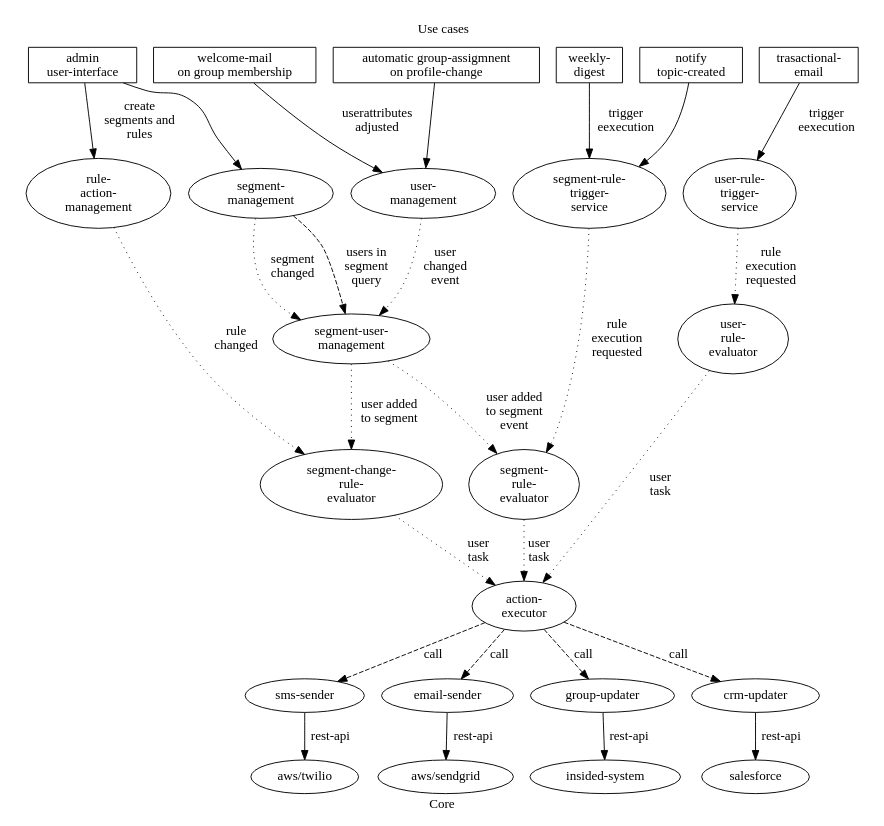
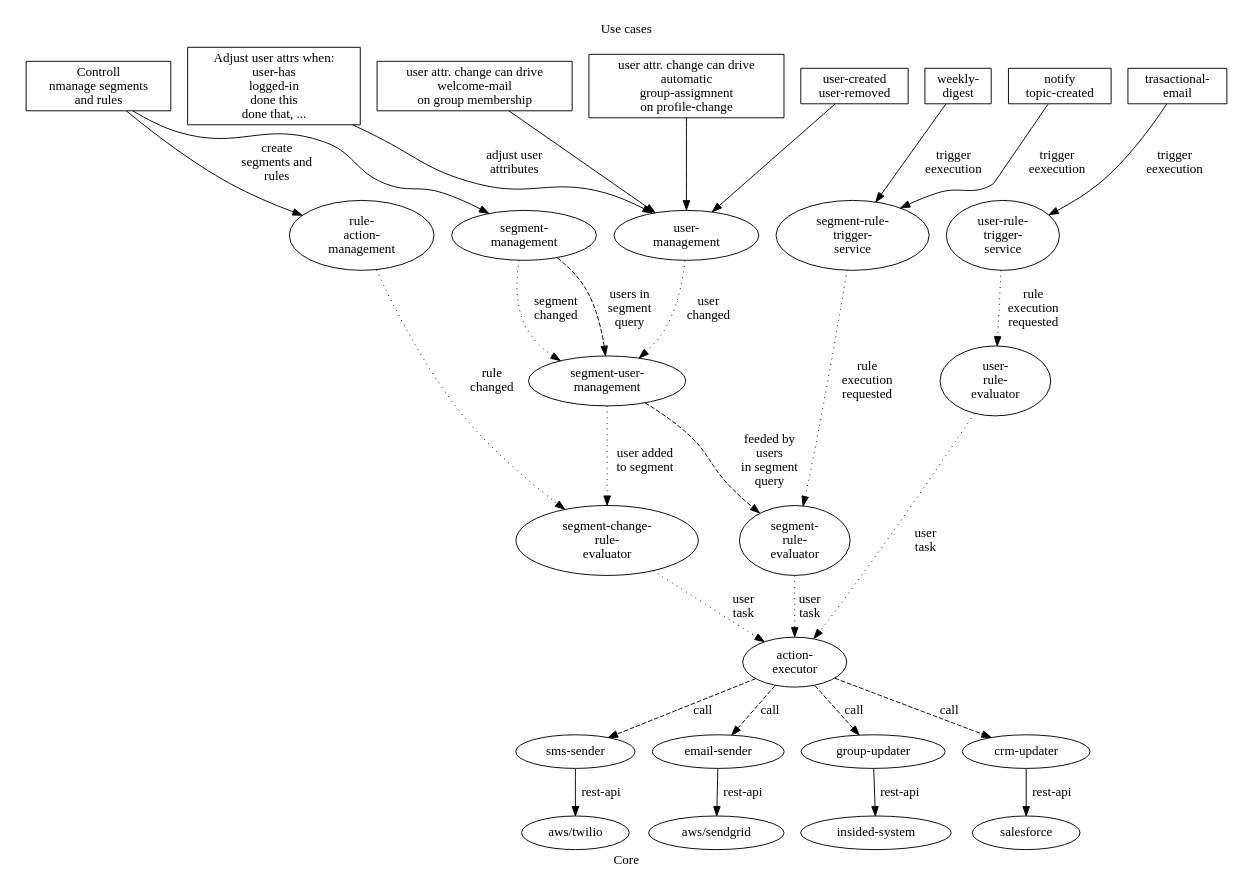
One commit to MarcGrol/userautomation changed the diagram in doc/architecture.dot. Above: the diagram before and after it, drawn with Graphviz. The commit also changed 13 other files, not shown here.

```diff
--- a/doc/architecture.dot
+++ b/doc/architecture.dot
@@ -1,82 +1,86 @@
     digraph G {
 
       rankdir="TD"
 
       subgraph cluster_UseCases {
        label = "Use cases"
        color="white"
-       "admin\nuser-interface" [shape="box"]
-      "automatic group-assigmnent\non profile-change" [shape="box"]
-      "welcome-mail\non group membership" [shape="box"]
+       "Controll\nnmanage segments\nand rules" [shape="box"]
+      "user-created\nuser-removed"  [shape="box"]
+      "Adjust user attrs when:\nuser-has\n logged-in\ndone this\n done that, ..."  [shape="box"]
+      "user attr. change can drive\nwelcome-mail\non group membership" [shape="box"]
+      "user attr. change can drive\nautomatic\ngroup-assigmnent\non profile-change" [shape="box"]
       "notify\ntopic-created" [shape="box"]
       "weekly-\ndigest"  [shape="box"]
       "trasactional-\nemail"  [shape="box"]
       }
 
       subgraph cluster_Web {
           //label = "Web-api's"
           color="white"
 
           "segment-rule-\ntrigger-\nservice"
           "user-rule-\ntrigger-\nservice"
           "rule-\naction-\nmanagement"
           "user-\nmanagement"
           "segment-\nmanagement"
     }
 
      //subgraph cluster_Core {
           label = "Core"
          "segment-\nrule-\nevaluator"
           "user-\nrule-\nevaluator"
           "segment-user-\nmanagement"
           "segment-change-\nrule-\nevaluator"
           "action-\nexecutor"
           "sms-sender"
           "email-sender"
           "group-updater"
           "crm-updater"
       //}
 
       // subgraph cluster_External {
            //label = "External systems"
             "aws/sendgrid"
             "aws/twilio"
             "insided-system"
             "salesforce"
        // }
 
-      "admin\nuser-interface" -> "rule-\naction-\nmanagement" [label="create\nsegments and\nrules"]
-      "admin\nuser-interface" -> "segment-\nmanagement"
-      "automatic group-assigmnent\non profile-change" -> "user-\nmanagement"
-      "welcome-mail\non group membership" -> "user-\nmanagement" [label="userattributes\nadjusted"]
+     "Controll\nnmanage segments\nand rules" -> "rule-\naction-\nmanagement" [label="create\nsegments and\nrules"]
+      "Controll\nnmanage segments\nand rules" -> "segment-\nmanagement"
+      "user-created\nuser-removed" -> "user-\nmanagement"
+      "Adjust user attrs when:\nuser-has\n logged-in\ndone this\n done that, ..." -> "user-\nmanagement" [label="adjust user\nattributes"]
+      "user attr. change can drive\nwelcome-mail\non group membership" -> "user-\nmanagement"
+      "user attr. change can drive\nautomatic\ngroup-assigmnent\non profile-change" -> "user-\nmanagement"
+      "notify\ntopic-created" -> "segment-rule-\ntrigger-\nservice" [label="trigger\neexecution"]
       "weekly-\ndigest" -> "segment-rule-\ntrigger-\nservice" [label="trigger\neexecution"]
-      "notify\ntopic-created" -> "segment-rule-\ntrigger-\nservice"
       "trasactional-\nemail" -> "user-rule-\ntrigger-\nservice" [label="trigger\neexecution"]
 
       "segment-rule-\ntrigger-\nservice" -> "segment-\nrule-\nevaluator" [style=dotted, label="rule\nexecution\nrequested"]
       "user-rule-\ntrigger-\nservice" -> "user-\nrule-\nevaluator" [style=dotted, label="rule\nexecution\nrequested"]
       "segment-\nmanagement" -> "segment-user-\nmanagement" [style=dotted, label="segment\nchanged"]
       "segment-\nmanagement" -> "segment-user-\nmanagement" [style=dashed,label="users in\nsegment\nquery"]
 
 
-      "user-\nmanagement" -> "segment-user-\nmanagement" [style=dotted, label="user\nchanged\nevent"]
-      "segment-user-\nmanagement" -> "segment-\nrule-\nevaluator" [style=dotted, label="user added\nto segment\nevent"]
+      "user-\nmanagement" -> "segment-user-\nmanagement" [style=dotted, label="user\nchanged"]
+      "segment-user-\nmanagement" -> "segment-\nrule-\nevaluator" [style=dashed, label="feeded by\nusers\nin segment\nquery"]
 
       "segment-user-\nmanagement" -> "segment-change-\nrule-\nevaluator"  [style=dotted, label="user added\nto segment"]
       "rule-\naction-\nmanagement" -> "segment-change-\nrule-\nevaluator" [style=dotted, label="rule\nchanged"]
       "segment-change-\nrule-\nevaluator" -> "action-\nexecutor" [style=dotted, label="user\ntask"]
       "user-\nrule-\nevaluator" -> "action-\nexecutor" [style=dotted, label="user\ntask"]
 
       "segment-\nrule-\nevaluator" -> "action-\nexecutor" [style=dotted, label="user\ntask"]
 
       "action-\nexecutor" -> "sms-sender" [style=dashed,label=call]
       "action-\nexecutor" -> "email-sender" [style=dashed,label=call]
       "action-\nexecutor" -> "group-updater" [style=dashed,label=call]
       "action-\nexecutor" -> "crm-updater" [style=dashed,label=call]
 
       "email-sender" -> "aws/sendgrid" [label="rest-api"]
       "sms-sender" -> "aws/twilio" [label="rest-api"]
       "group-updater" -> "insided-system" [label="rest-api"]
       "crm-updater" -> "salesforce" [label="rest-api"]
 
     }
```
